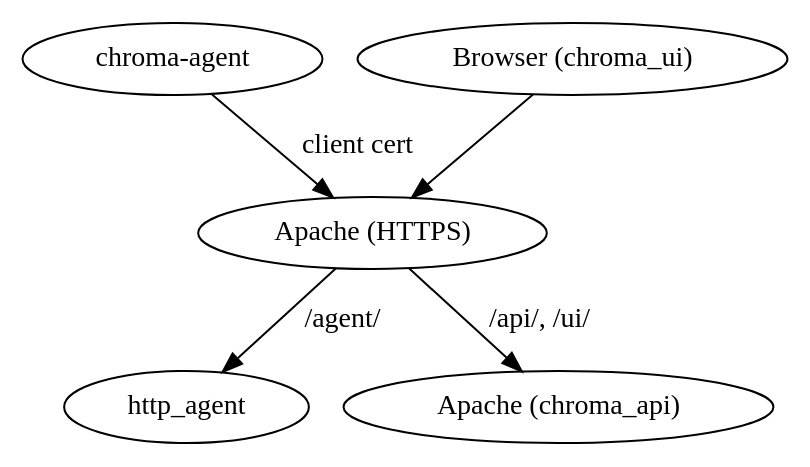
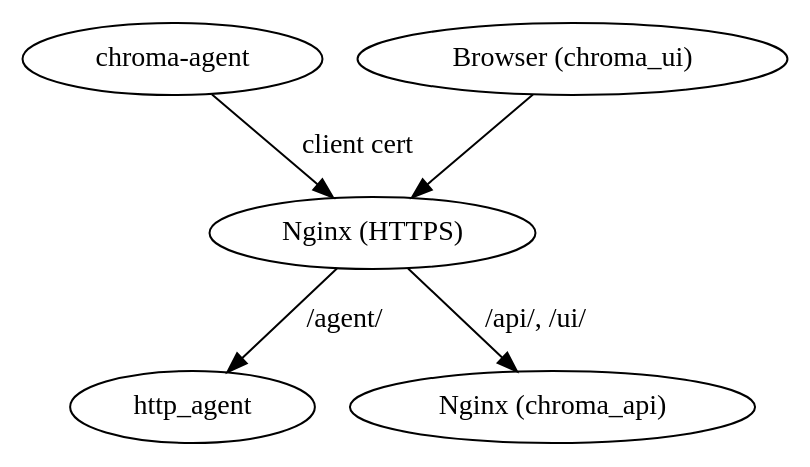
One commit to whamcloud/integrated-manager-for-lustre changed the second of 5 diagrams in chroma-manager/docs/internals/manager/dataflow.rst. Above: the diagram before and after it, drawn with Graphviz. The commit also changed other lines of this file and 43 other files, not shown here.

First line of the commit message:
HYD-4266 Replace Apache with Nginx

```diff
--- a/chroma-manager/docs/internals/manager/dataflow.rst
+++ b/chroma-manager/docs/internals/manager/dataflow.rst
@@ -33,8 +33,8 @@
 .. graphviz::
-    
+
     digraph https_dataflow {
-            "Apache (HTTPS)" -> http_agent [label="/agent/"]
-            "Apache (HTTPS)" -> "Apache (chroma_api)" [label="/api/, /ui/"]
-            "chroma-agent" -> "Apache (HTTPS)" [label="client cert"]
-            "Browser (chroma_ui)" -> "Apache (HTTPS)"
+            "Nginx (HTTPS)" -> http_agent [label="/agent/"]
+            "Nginx (HTTPS)" -> "Nginx (chroma_api)" [label="/api/, /ui/"]
+            "chroma-agent" -> "Nginx (HTTPS)" [label="client cert"]
+            "Browser (chroma_ui)" -> "Nginx (HTTPS)"
     }
```
